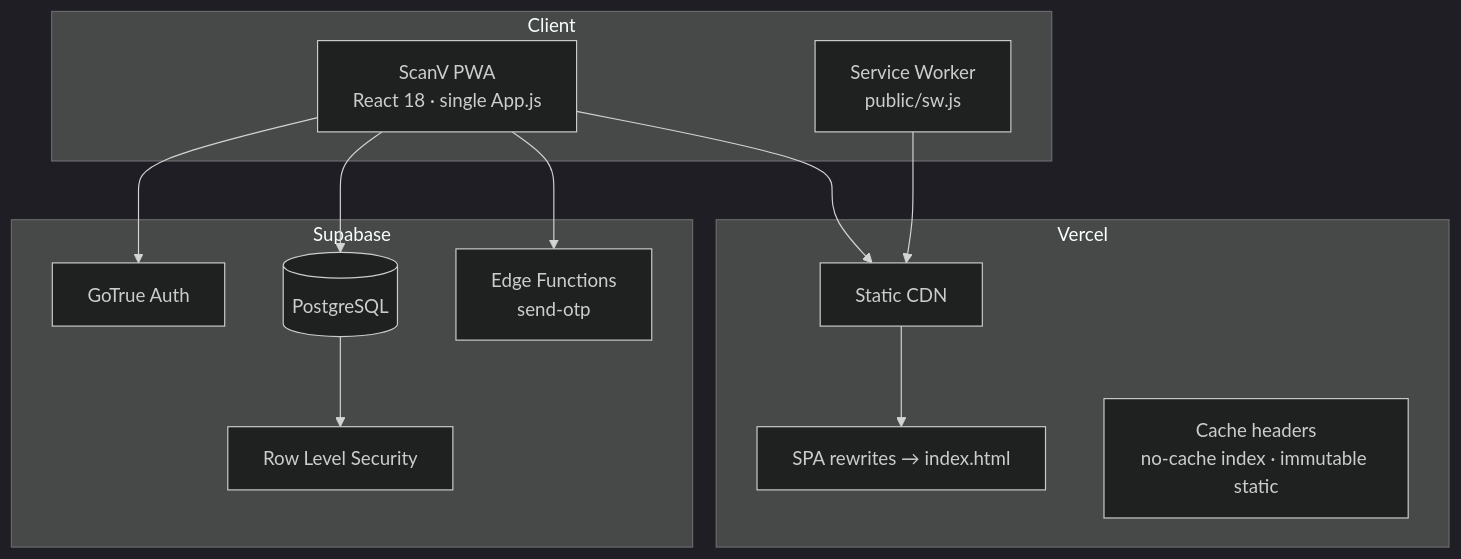
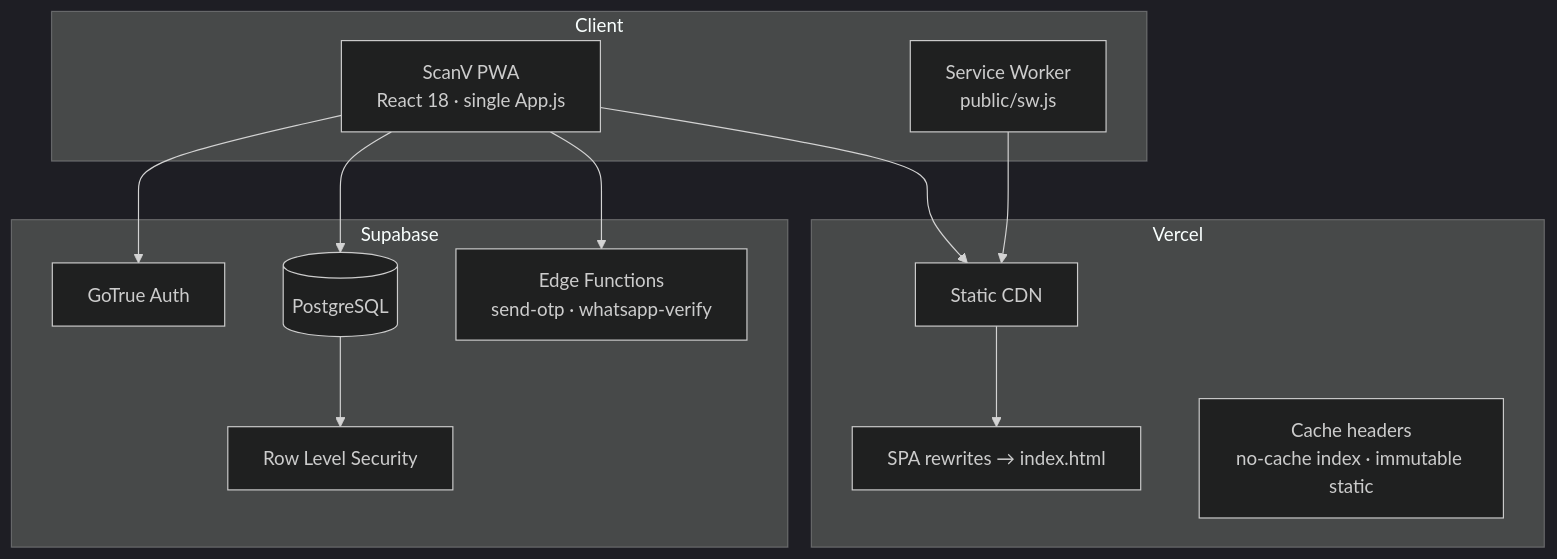
One commit to scanversecorp/scanverse changed the second of 4 diagrams in docs/ScanV-Architecture.md. Above: the diagram before and after it, drawn with Mermaid (dark theme). The commit also changed other lines of this file and 4 other files, not shown here.

First line of the commit message:
Add whatsapp-verify edge function for SMS OTP backup.

````diff
--- a/docs/ScanV-Architecture.md
+++ b/docs/ScanV-Architecture.md
@@ -36,28 +36,28 @@
 ```mermaid
 flowchart TB
     subgraph Client
         PWA[ScanV PWA<br/>React 18 · single App.js]
         SW[Service Worker<br/>public/sw.js]
     end
 
     subgraph Vercel
         CDN[Static CDN]
         RW[SPA rewrites → index.html]
         HC[Cache headers<br/>no-cache index · immutable static]
     end
 
     subgraph Supabase
         AUTH[GoTrue Auth]
         DB[(PostgreSQL)]
-        EF[Edge Functions<br/>send-otp]
+        EF[Edge Functions<br/>send-otp · whatsapp-verify]
         RLS[Row Level Security]
     end
 
     PWA --> CDN
     SW --> CDN
     CDN --> RW
     PWA --> AUTH
     PWA --> DB
     PWA --> EF
     DB --> RLS
 ```
````
